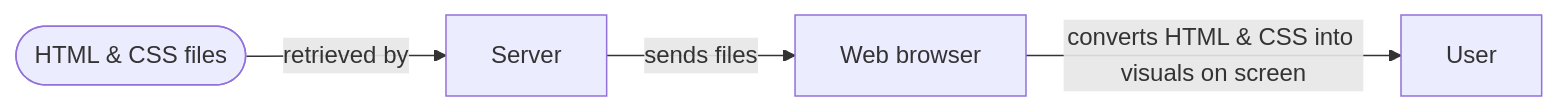
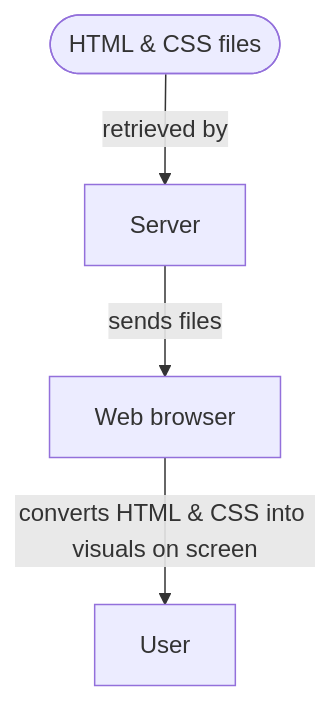
One commit to MelvinLoos/melvinloos.nl changed the second of 2 diagrams in blog/placeholder.md. Above: the diagram before and after it, drawn with Mermaid. The commit also changed other lines of this file, not shown here.

Commit message:
Rotated diagrams

````diff
--- a/blog/placeholder.md
+++ b/blog/placeholder.md
@@ -41,4 +43,4 @@
 ```mermaid
-graph LR
+graph TD
     files([HTML & CSS files]) -->|retrieved by| Server -->|sends files| browser[Web browser] -->|converts HTML & CSS into visuals on screen| User
 ```
````
